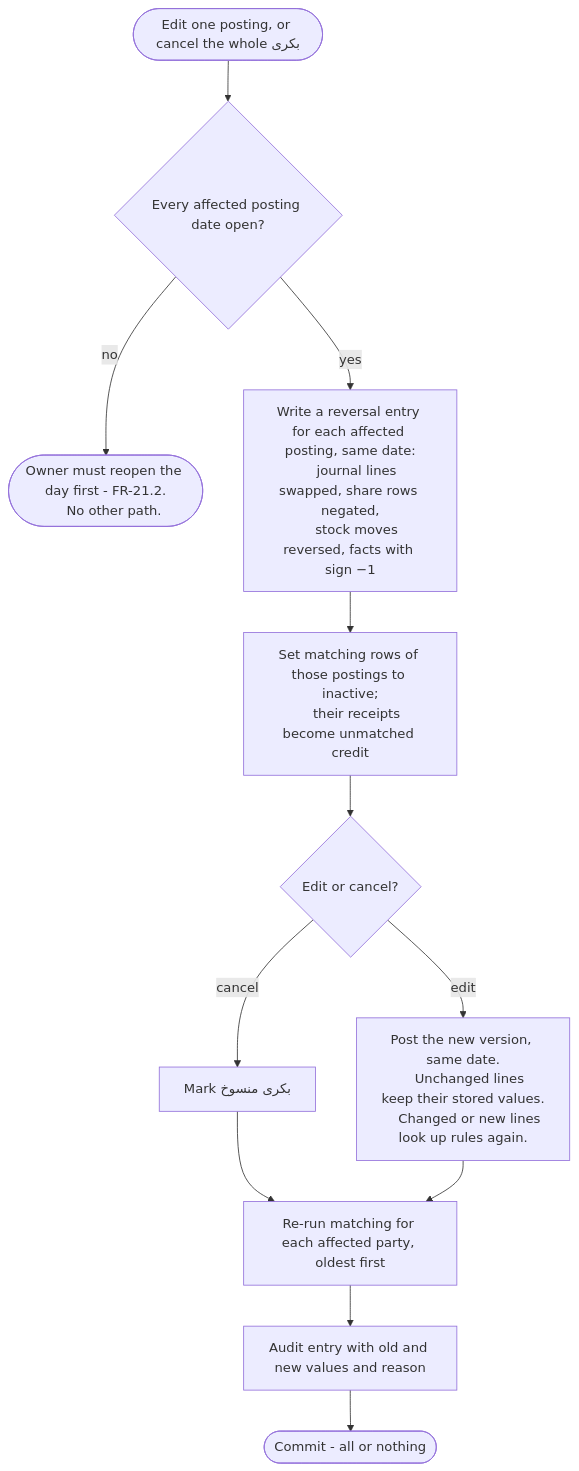
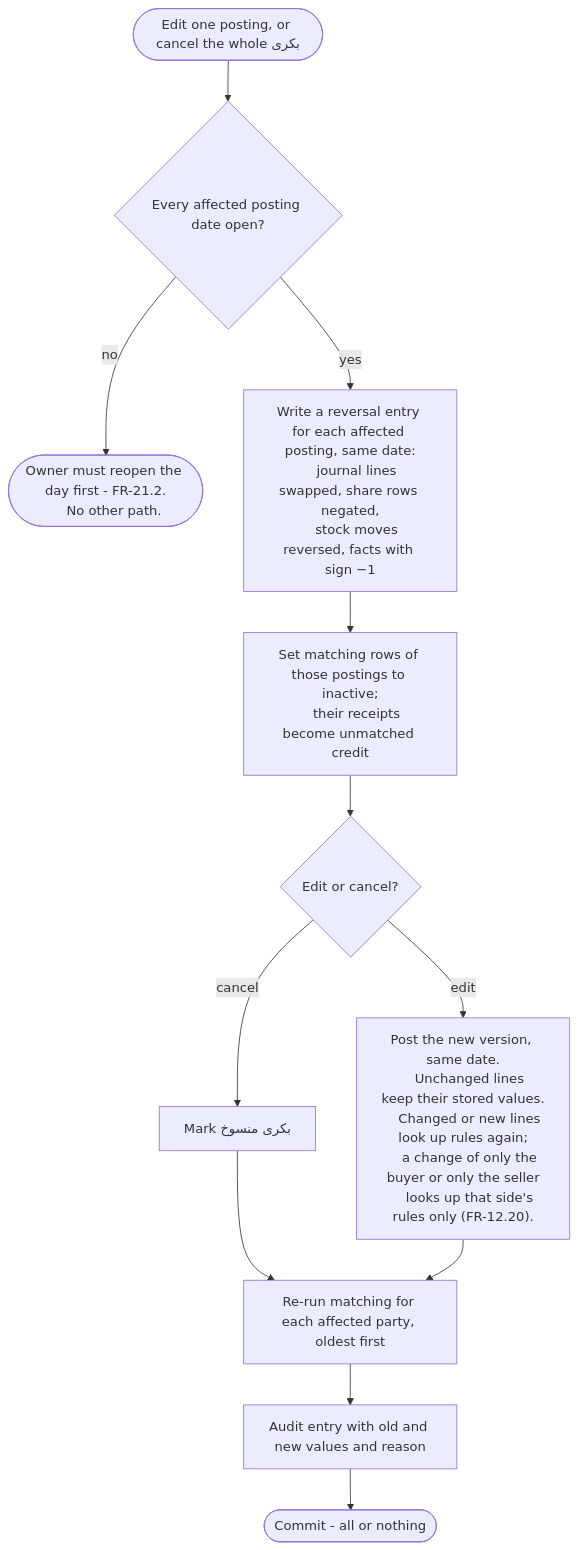
One commit to FaisalHanif12/Fruits-Mandi-Software changed diagram 13 of 28 in .claude/rules/Architecture_v1.md. Above: the diagram before and after it, drawn with Mermaid. The commit also changed other lines of this file and 3 other files, not shown here.

````diff
--- a/.claude/rules/Architecture_v1.md
+++ b/.claude/rules/Architecture_v1.md
@@ -496,19 +496,21 @@
 ```mermaid
 flowchart TD
     S(["Edit one posting, or cancel the whole بکری"]) --> D{"Every affected posting date open?"}
     D -- no --> O(["Owner must reopen the day first - FR-21.2.
     No other path."])
     D -- yes --> R["Write a reversal entry for each affected posting, same date:
     journal lines swapped, share rows negated,
     stock moves reversed, facts with sign −1"]
     R --> M["Set matching rows of those postings to inactive;
     their receipts become unmatched credit"]
     M --> K{"Edit or cancel?"}
     K -- cancel --> C["Mark بکری منسوخ"]
     K -- edit --> N["Post the new version, same date.
     Unchanged lines keep their stored values.
-    Changed or new lines look up rules again."]
+    Changed or new lines look up rules again;
+    a change of only the buyer or only the seller
+    looks up that side's rules only (FR-12.20)."]
     C & N --> RM["Re-run matching for each affected party, oldest first"]
     RM --> A["Audit entry with old and new values and reason"]
     A --> Z(["Commit - all or nothing"])
 ```
````
